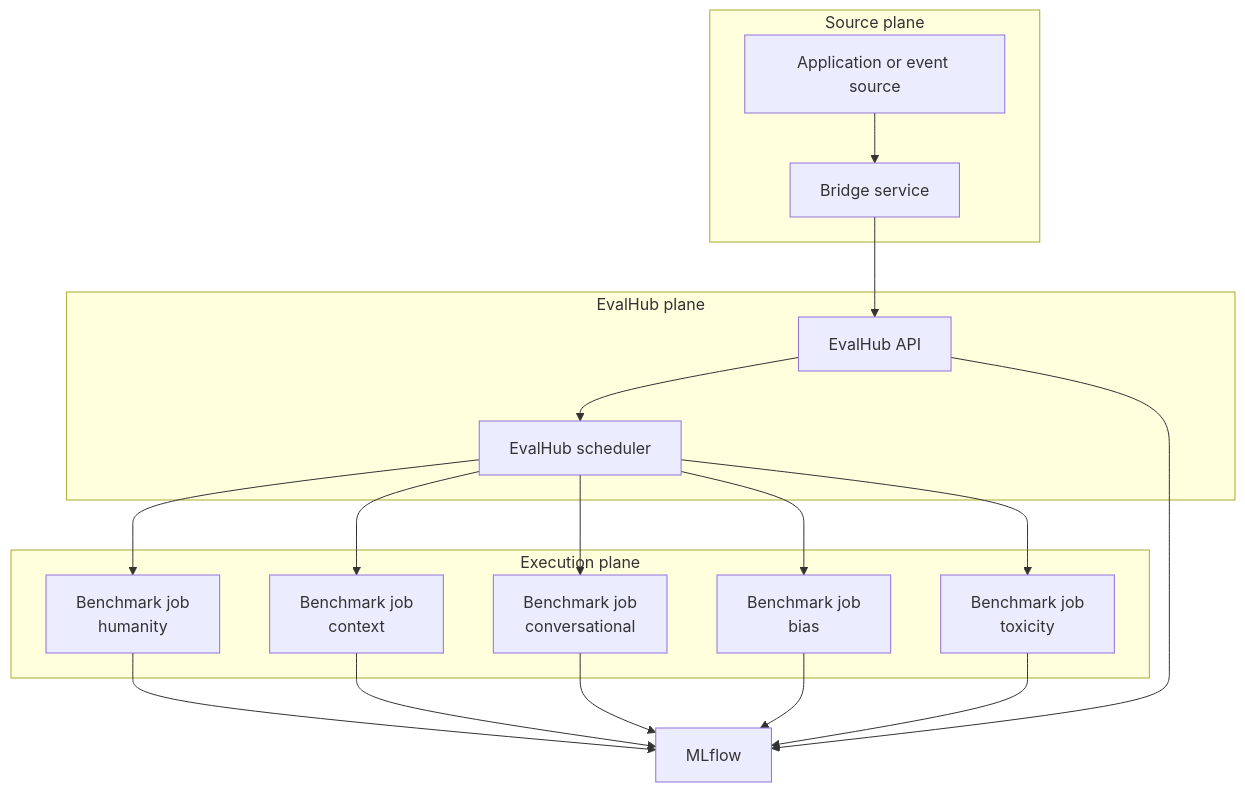
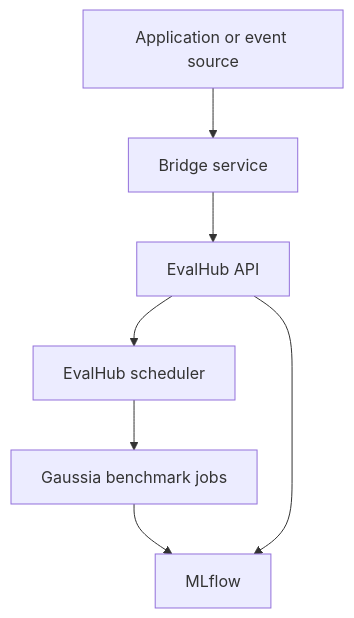
The second of 3 diagrams in sdks/python/integrations/evalhub.mdx (gaussia-labs/docs), drawn with Mermaid before and after one commit. The commit also changed other lines of this file, not shown here.

Commit message:
Simplify EvalHub diagrams

````diff
--- a/sdks/python/integrations/evalhub.mdx
+++ b/sdks/python/integrations/evalhub.mdx
@@ -66,37 +66,16 @@
   ```mermaid
   flowchart TB
-      subgraph source_plane["Source plane"]
-          source["Application or event source"]
-          bridge["Bridge service"]
-      end
-
-      subgraph evalhub_plane["EvalHub plane"]
-          api["EvalHub API"]
-          scheduler["EvalHub scheduler"]
-      end
-
-      subgraph execution_plane["Execution plane"]
-          job1["Benchmark job<br/>humanity"]
-          job2["Benchmark job<br/>context"]
-          job3["Benchmark job<br/>conversational"]
-          job4["Benchmark job<br/>bias"]
-          job5["Benchmark job<br/>toxicity"]
-      end
-
+      source["Application or event source"]
+      bridge["Bridge service"]
+      evalhub["EvalHub API"]
+      scheduler["EvalHub scheduler"]
+      jobs["Gaussia benchmark jobs"]
       tracking["MLflow"]
 
       source --> bridge
-      bridge --> api
-      api --> scheduler
-      scheduler --> job1
-      scheduler --> job2
-      scheduler --> job3
-      scheduler --> job4
-      scheduler --> job5
-      job1 --> tracking
-      job2 --> tracking
-      job3 --> tracking
-      job4 --> tracking
-      job5 --> tracking
-      api --> tracking
+      bridge --> evalhub
+      evalhub --> scheduler
+      scheduler --> jobs
+      jobs --> tracking
+      evalhub --> tracking
   ```
````
